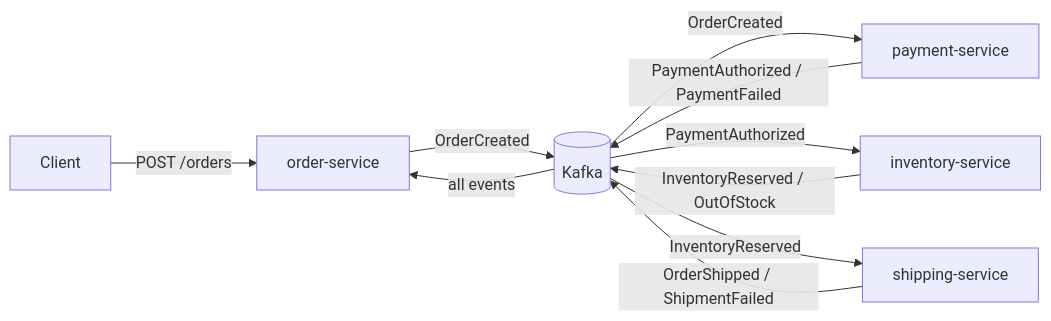
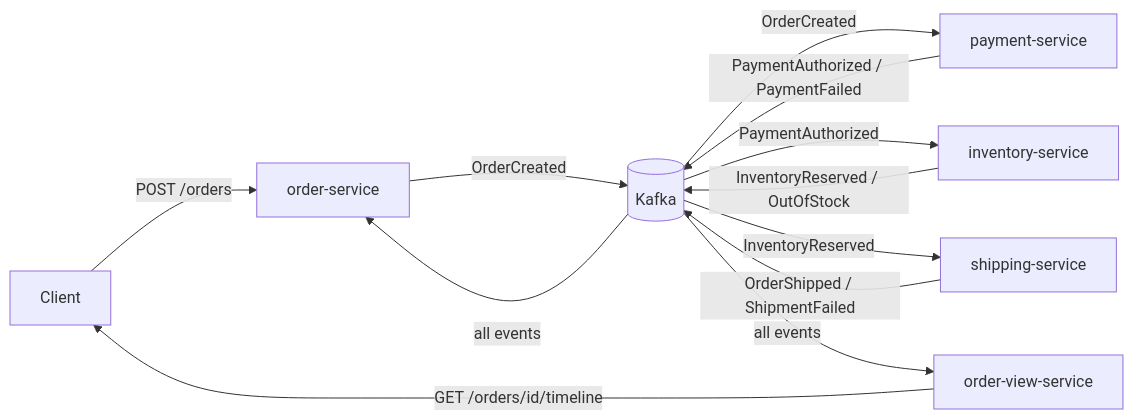
Before and after one commit to argontechs/order-saga: the first of 2 diagrams in README.md, drawn with Mermaid. The commit also changed other lines of this file and 3 other files, not shown here.

Commit message:
feat: order-view-service in compose, e2e timeline check, document CQRS read model

````diff
--- a/README.md
+++ b/README.md
@@ -15,12 +15,14 @@
 ```mermaid
 flowchart LR
     Client -->|POST /orders| ORD[order-service]
     ORD -->|OrderCreated| K[(Kafka)]
     K -->|OrderCreated| PAY[payment-service]
     PAY -->|PaymentAuthorized / PaymentFailed| K
     K -->|PaymentAuthorized| INV[inventory-service]
     INV -->|InventoryReserved / OutOfStock| K
     K -->|InventoryReserved| SHP[shipping-service]
     SHP -->|OrderShipped / ShipmentFailed| K
     K -->|all events| ORD
+    K -->|all events| VIEW[order-view-service]
+    VIEW -->|GET /orders/id/timeline| Client
 ```
````
